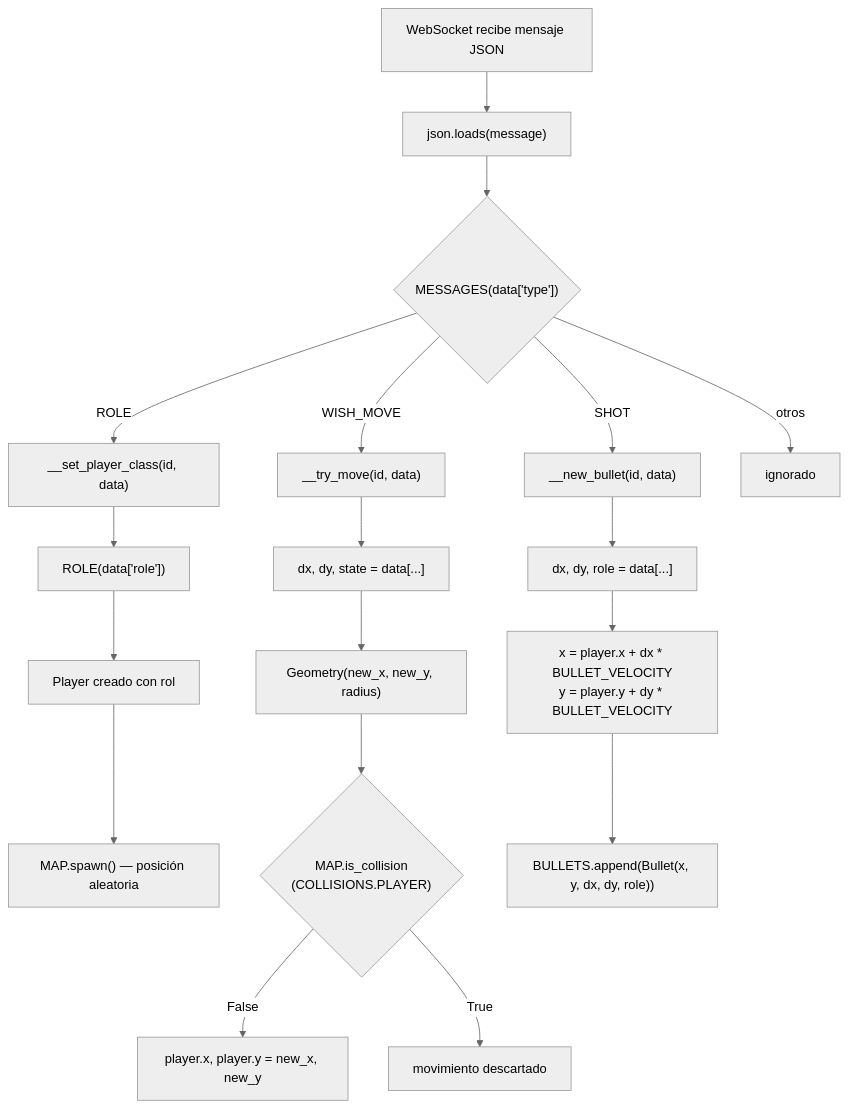
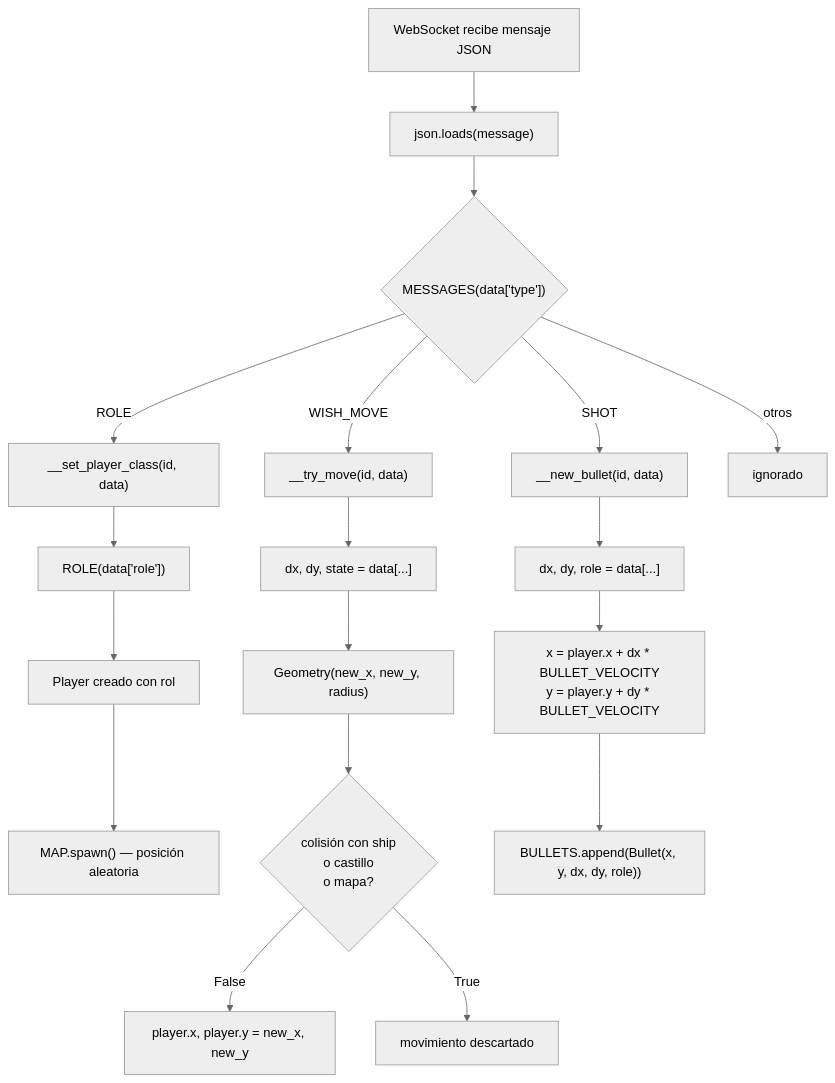
One commit to Aouei/pygame_multi changed the fifth of 7 diagrams in docs/diagramas/mensajes.md. Above: the diagram before and after it, drawn with Mermaid (neutral theme). The commit also changed other lines of this file and 35 other files, not shown here.

````diff
--- a/docs/diagramas/mensajes.md
+++ b/docs/diagramas/mensajes.md
@@ -236,24 +258,24 @@
 ```mermaid
 flowchart TD
     A["WebSocket recibe mensaje JSON"] --> B["json.loads(message)"]
     B --> C{"MESSAGES(data['type'])"}
 
     C -->|ROLE| D["__set_player_class(id, data)"]
     C -->|WISH_MOVE| E["__try_move(id, data)"]
     C -->|SHOT| F["__new_bullet(id, data)"]
     C -->|otros| G["ignorado"]
 
     D --> D1["ROLE(data['role'])"]
     D1 --> D2["Player creado con rol"]
     D2 --> D3["MAP.spawn() — posición aleatoria"]
 
     E --> E1["dx, dy, state = data[...]"]
     E1 --> E2["Geometry(new_x, new_y, radius)"]
-    E2 --> E3{"MAP.is_collision\n(COLLISIONS.PLAYER)"}
+    E2 --> E3{"colisión con ship\no castillo\no mapa?"}
     E3 -->|False| E4["player.x, player.y = new_x, new_y"]
     E3 -->|True| E5["movimiento descartado"]
 
     F --> F1["dx, dy, role = data[...]"]
     F1 --> F2["x = player.x + dx * BULLET_VELOCITY\ny = player.y + dy * BULLET_VELOCITY"]
     F2 --> F3["BULLETS.append(Bullet(x, y, dx, dy, role))"]
 ```
````
